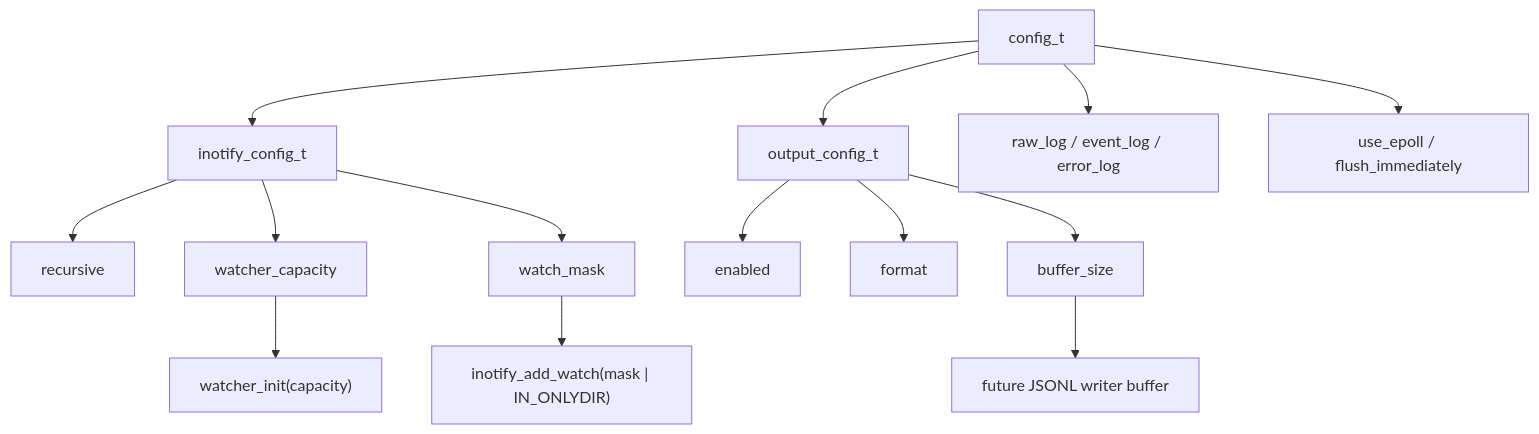
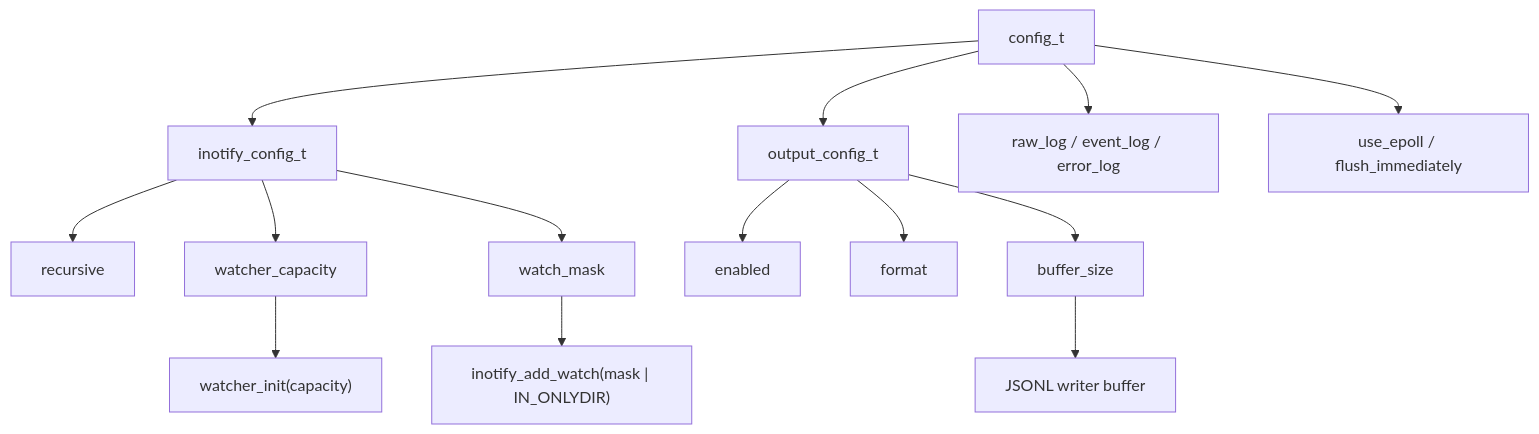
One commit to kinderp/alfred changed the ninth of 18 diagrams in docs/it/16-mappa-codice-e-strutture.md. Above: the diagram before and after it, drawn with Mermaid. The commit also changed other lines of this file and 4 other files, not shown here.

````diff
--- a/docs/it/16-mappa-codice-e-strutture.md
+++ b/docs/it/16-mappa-codice-e-strutture.md
@@ -916,18 +916,18 @@
 ```mermaid
 flowchart TD
     A["config_t"] --> B["inotify_config_t"]
     A --> O["output_config_t"]
     A --> E["raw_log / event_log / error_log"]
     A --> H["use_epoll / flush_immediately"]
 
     B --> C["recursive"]
     B --> D["watcher_capacity"]
     B --> M["watch_mask"]
     O --> O1["enabled"]
     O --> O2["format"]
     O --> O3["buffer_size"]
 
     D --> F["watcher_init(capacity)"]
     M --> G["inotify_add_watch(mask | IN_ONLYDIR)"]
-    O3 --> W["future JSONL writer buffer"]
+    O3 --> W["JSONL writer buffer"]
 ```
````
